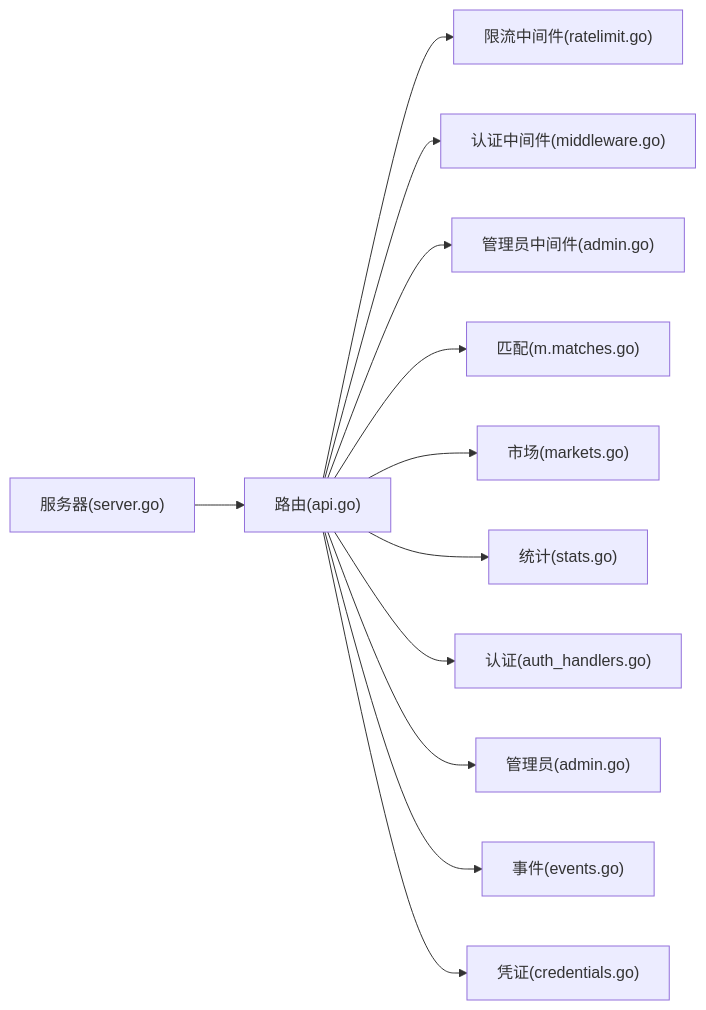
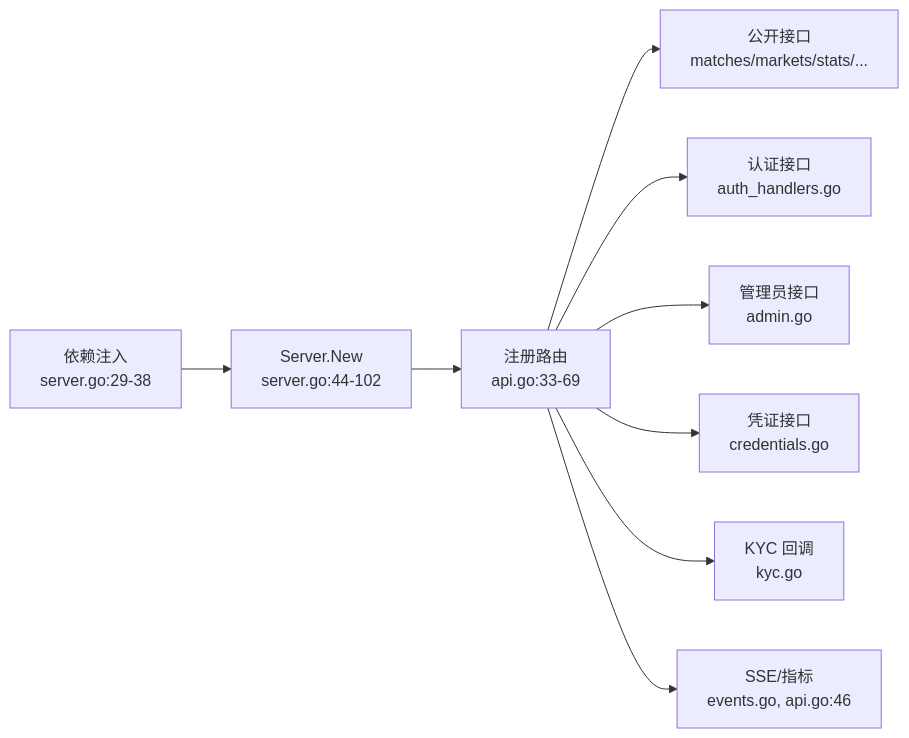
The fourth of 4 diagrams in backend/.qoder/repowiki/zh/content/API参考文档/API参考文档.md (SimonHofman/PredictionDIDSimple), drawn with Mermaid before and after one commit. The commit also changed other lines of this file and 162 other files, not shown here.

````diff
--- a/backend/.qoder/repowiki/zh/content/API参考文档/API参考文档.md
+++ b/backend/.qoder/repowiki/zh/content/API参考文档/API参考文档.md
@@ -373,14 +422,11 @@
 ```mermaid
 graph LR
-S["服务器(server.go)"] --> R["路由(api.go)"]
-R --> MW1["限流中间件(ratelimit.go)"]
-R --> MW2["认证中间件(middleware.go)"]
-R --> MW3["管理员中间件(admin.go)"]
-R --> H1["匹配(m.matches.go)"]
-R --> H2["市场(markets.go)"]
-R --> H3["统计(stats.go)"]
-R --> H4["认证(auth_handlers.go)"]
-R --> H5["管理员(admin.go)"]
-R --> H6["事件(events.go)"]
-R --> H7["凭证(credentials.go)"]
+D["依赖注入<br/>server.go:29-38"] --> S["Server.New<br/>server.go:44-102"]
+S --> R["注册路由<br/>api.go:33-69"]
+R --> H1["公开接口<br/>matches/markets/stats/..."]
+R --> H2["认证接口<br/>auth_handlers.go"]
+R --> H3["管理员接口<br/>admin.go"]
+R --> H4["凭证接口<br/>credentials.go"]
+R --> H5["KYC 回调<br/>kyc.go"]
+R --> H6["SSE/指标<br/>events.go, api.go:46"]
 ```
````
